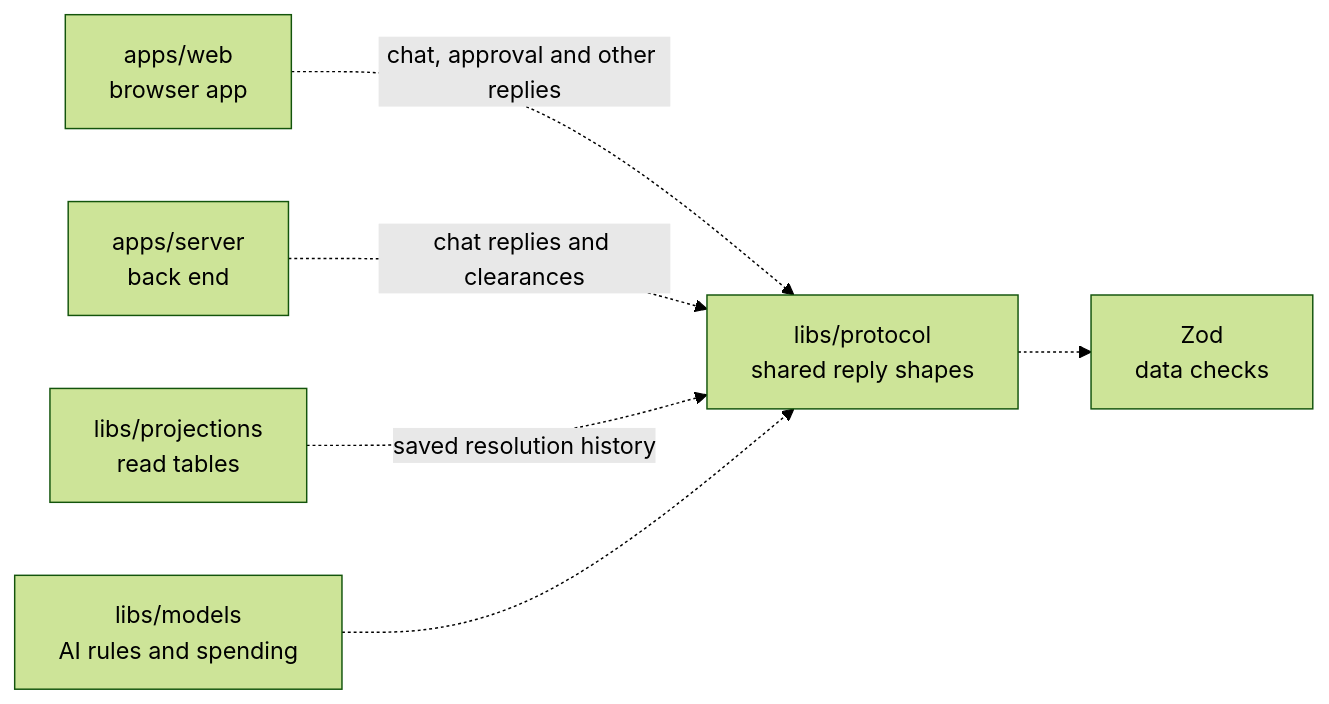
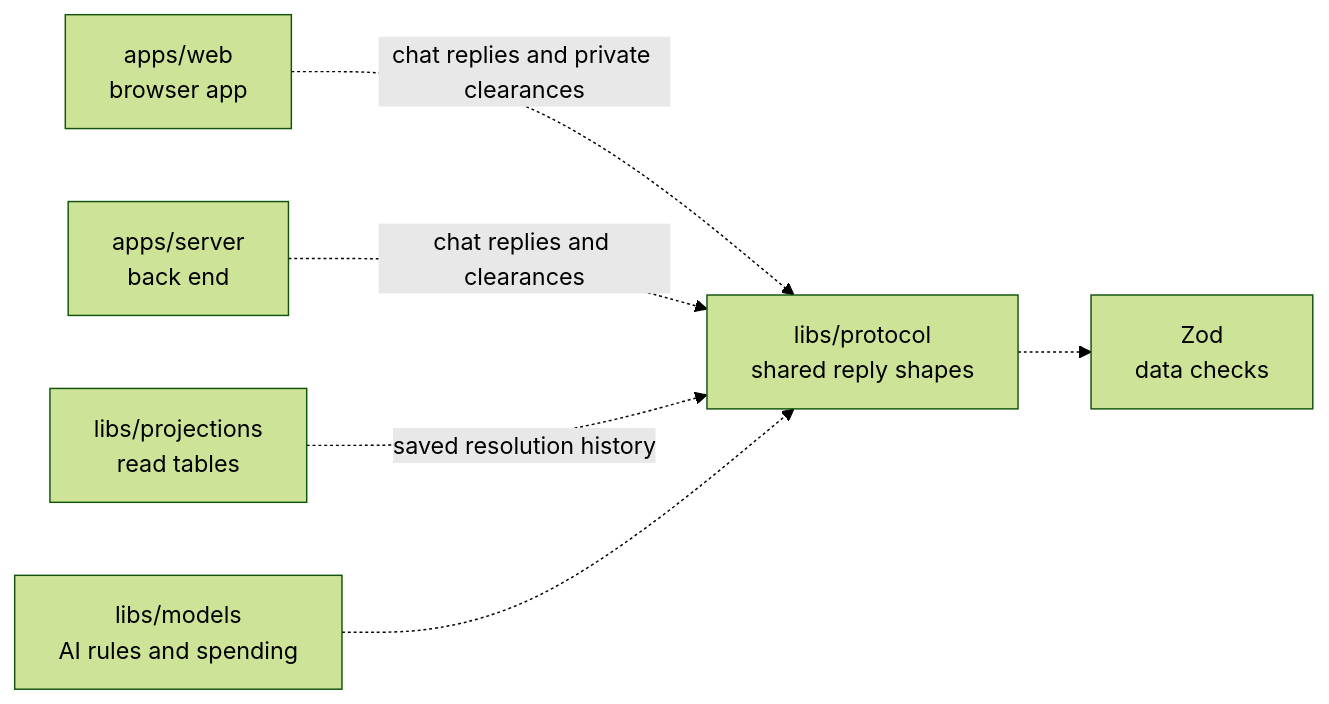
Before and after one commit to elewa-git/opencrane-new: the diagram in libs/protocol/README.md, drawn with Mermaid (forest theme). The commit also changed other lines of this file and 13 other files, not shown here.

````diff
--- a/libs/protocol/README.md
+++ b/libs/protocol/README.md
@@ -34,8 +34,8 @@
 ```mermaid
 flowchart LR
-  web["apps/web<br/>browser app"] -.->|chat, approval and other replies| protocol["libs/protocol<br/>shared reply shapes"]
+  web["apps/web<br/>browser app"] -.->|chat replies and private clearances| protocol["libs/protocol<br/>shared reply shapes"]
   server["apps/server<br/>back end"] -.->|chat replies and clearances| protocol
   projections["libs/projections<br/>read tables"] -.->|saved resolution history| protocol
   models["libs/models<br/>AI rules and spending"] -.-> protocol
   protocol -.-> zod["Zod<br/>data checks"]
 ```
````
